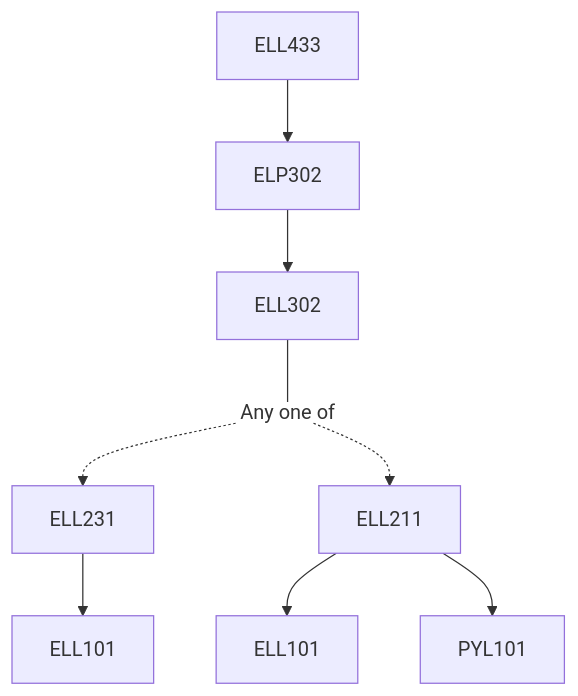
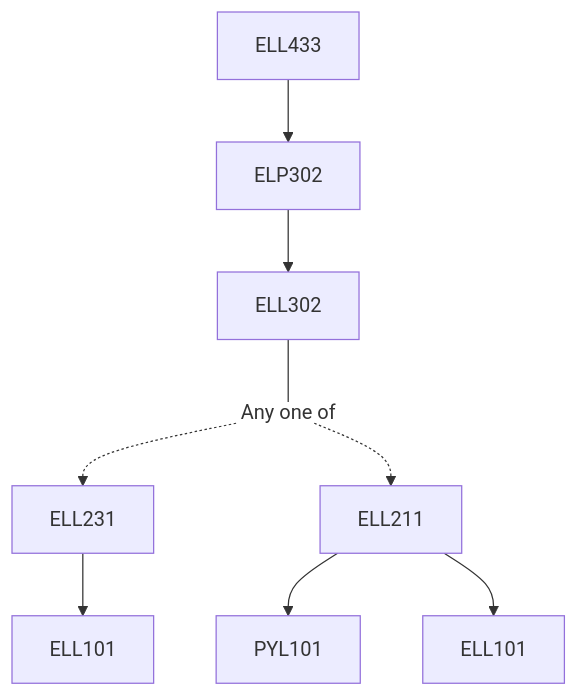
The diagram in content/Electrical Engineering/ELL433.md (KeshavBansal0122/CoS_Website), drawn with Mermaid before and after one commit. The commit also changed other lines of this file and 2662 other files, not shown here.

````diff
--- a/content/Electrical Engineering/ELL433.md
+++ b/content/Electrical Engineering/ELL433.md
@@ -13,15 +13,15 @@
 ```mermaid
 flowchart TD
 ELL433-336[ELL433]
-ELP302-336 --> ELL302-336[ELL302]
 ELL302-336 --- Or337[Any one of]:::empty
+ELL231-338 --> ELL101-338[ELL101]
 Or337 -.-> ELL231-338[ELL231]
-ELL231-338 --> ELL101-338[ELL101]
+ELL211-339 --> PYL101-339[PYL101]
 ELL211-339 --> ELL101-339[ELL101]
 Or337 -.-> ELL211-339[ELL211]
-ELL211-339 --> PYL101-339[PYL101]
 ELL433-336 --> ELP302-336[ELP302]
+ELP302-336 --> ELL302-336[ELL302]
 
 classDef empty height:17px, fill:transparent, stroke:transparent;
 classDef trueEmpty height:0px, width:0px;
 ```
````
